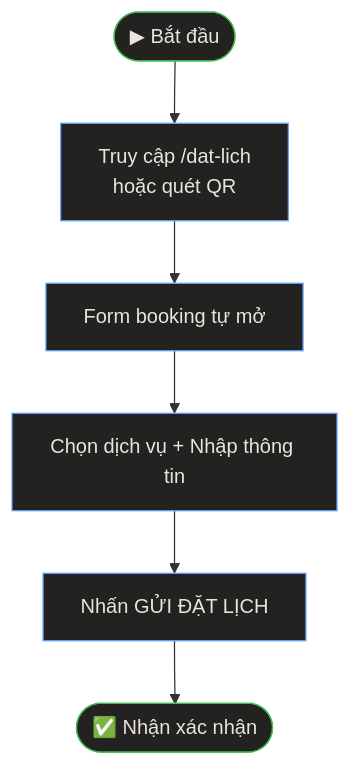
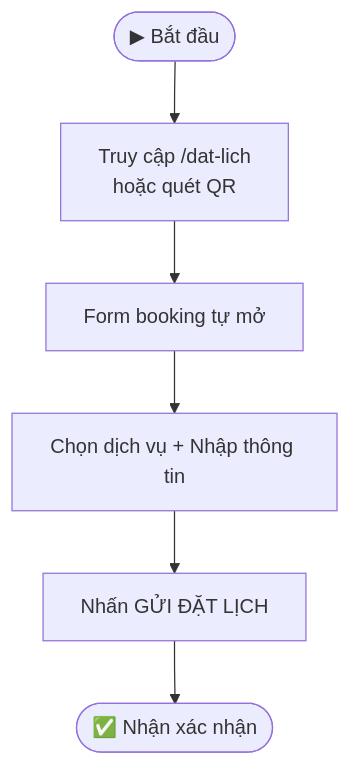
Before and after one commit to relukdev/PhuSanAnSinh: the diagram in src/pages/huong-dan/dat-lich-kham.md, drawn with Mermaid. The commit also changed 6 other files, not shown here.

Commit message:
fix(mermaid): remove dark inline styles from all diagrams, use default theme

````diff
--- a/src/pages/huong-dan/dat-lich-kham.md
+++ b/src/pages/huong-dan/dat-lich-kham.md
@@ -20,15 +20,8 @@
 ```mermaid
 graph TB
-    style S fill:#232221,stroke:#3fb950,color:#E8E5DF
-    style A fill:#232221,stroke:#60A5FA,color:#E8E5DF
-    style B fill:#232221,stroke:#60A5FA,color:#E8E5DF
-    style C fill:#232221,stroke:#60A5FA,color:#E8E5DF
-    style D fill:#232221,stroke:#60A5FA,color:#E8E5DF
-    style E fill:#232221,stroke:#3fb950,color:#E8E5DF
-
     S(["▶ Bắt đầu"]) --> A["Truy cập /dat-lich<br/>hoặc quét QR"]
     A --> B["Form booking tự mở"]
     B --> C["Chọn dịch vụ + Nhập thông tin"]
     C --> D["Nhấn GỬI ĐẶT LỊCH"]
     D --> E(["✅ Nhận xác nhận"])
 ```
````
